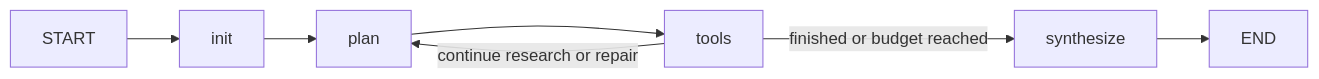
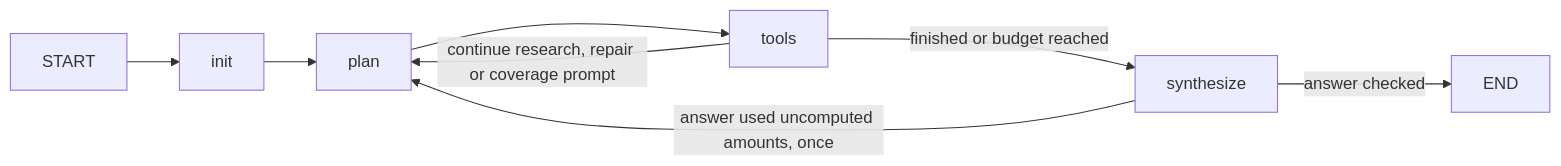
The diagram in README.md (bradywilky/health_insurance_document_agent), drawn with Mermaid before and after one commit. The commit also changed other lines of this file and 14 other files, not shown here.

First line of the commit message:
Add calculation tools, source coverage checks, and answer checks

````diff
--- a/README.md
+++ b/README.md
@@ -289,6 +289,8 @@
 ```mermaid
 flowchart LR
     START --> init --> plan --> tools
-    tools -->|continue research or repair| plan
-    tools -->|finished or budget reached| synthesize --> END
+    tools -->|continue research, repair or coverage prompt| plan
+    tools -->|finished or budget reached| synthesize
+    synthesize -->|answer used uncomputed amounts, once| plan
+    synthesize -->|answer checked| END
 ```
````
